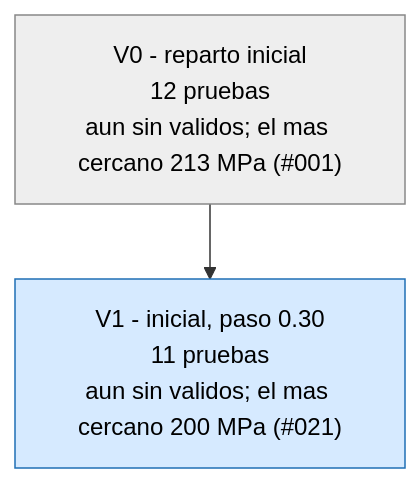
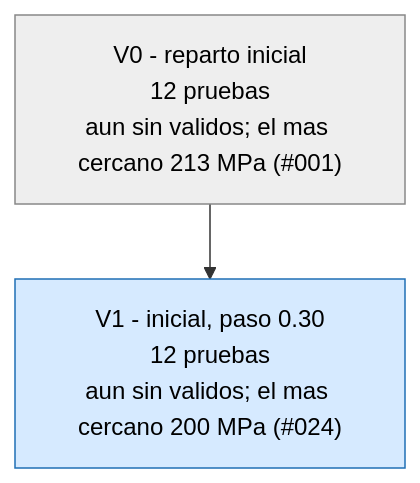
Before and after one commit to Hugiko/msd-soporte-optimizacion: the first of 3 diagrams in runs/opt_37800N/ARBOL.md, drawn with Mermaid. The commit also changed 28 other files, not shown here.

````diff
--- a/runs/opt_37800N/ARBOL.md
+++ b/runs/opt_37800N/ARBOL.md
@@ -9,9 +9,9 @@
 ```mermaid
 graph TD
 classDef activa fill:#d6eaff,stroke:#1f6fb5,color:#000
 classDef fin fill:#eeeeee,stroke:#888,color:#000
 classDef mejor fill:#c8f0c0,stroke:#1a9850,stroke-width:4px,color:#000
 V0["V0 - reparto inicial<br/>12 pruebas<br/>aun sin validos; el mas cercano 213 MPa (#001)"]:::fin
-V1["V1 - inicial, paso 0.30<br/>11 pruebas<br/>aun sin validos; el mas cercano 200 MPa (#021)"]:::activa
+V1["V1 - inicial, paso 0.30<br/>12 pruebas<br/>aun sin validos; el mas cercano 200 MPa (#024)"]:::activa
 V0 --> V1
 ```
````
